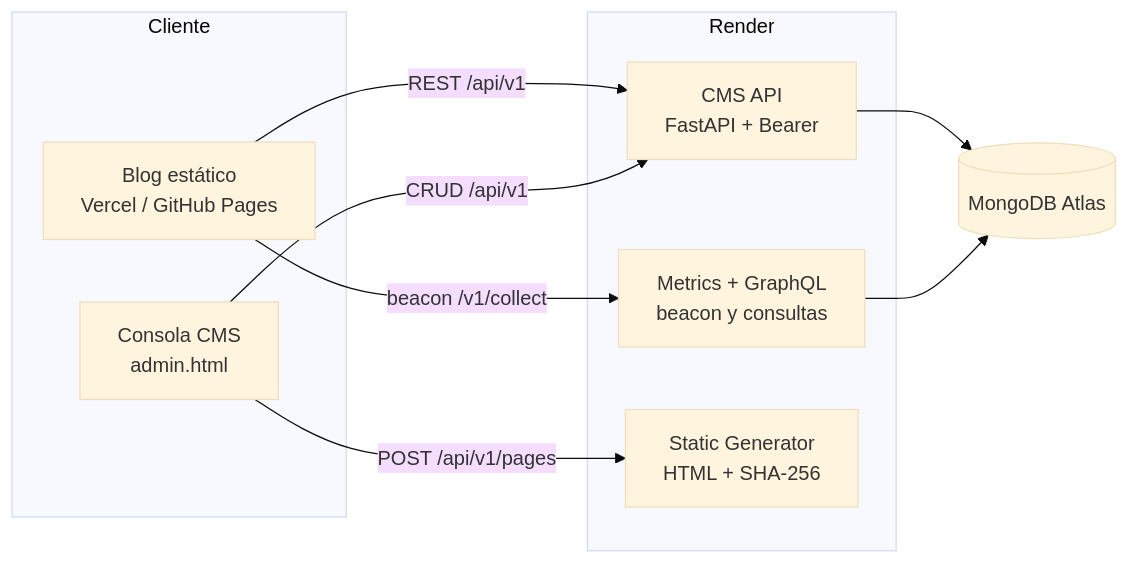
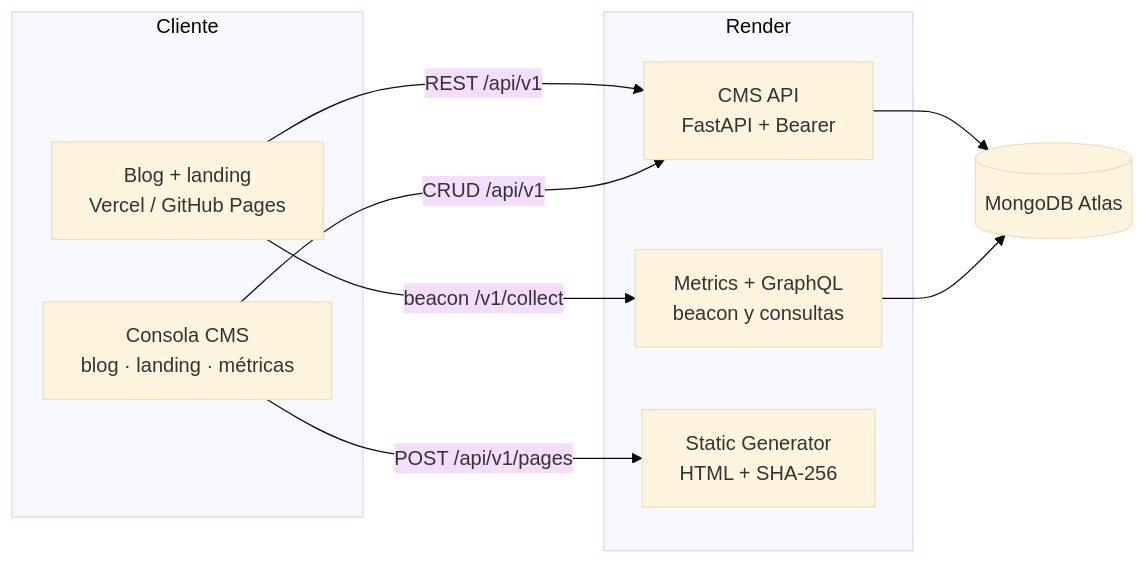
One commit to Leonardo251207/mi-blog-dev changed the diagram in README.md. Above: the diagram before and after it, drawn with Mermaid (base theme). The commit also changed other lines of this file and 30 other files, not shown here.

Commit message:
Agrega landing editable, publicidad y métricas al CMS

````diff
--- a/README.md
+++ b/README.md
@@ -59,22 +59,22 @@
 ```mermaid
 flowchart LR
   subgraph Cliente
-    B["Blog estático<br/>Vercel / GitHub Pages"]
-    A["Consola CMS<br/>admin.html"]
+    B["Blog + landing<br/>Vercel / GitHub Pages"]
+    A["Consola CMS<br/>blog · landing · métricas"]
   end
 
   subgraph Render
     C["CMS API<br/>FastAPI + Bearer"]
     M["Metrics + GraphQL<br/>beacon y consultas"]
     G["Static Generator<br/>HTML + SHA-256"]
   end
 
   D[("MongoDB Atlas")]
 
   B -->|REST /api/v1| C
   B -->|beacon /v1/collect| M
   A -->|CRUD /api/v1| C
   A -->|POST /api/v1/pages| G
   C --> D
   M --> D
 ```
````
